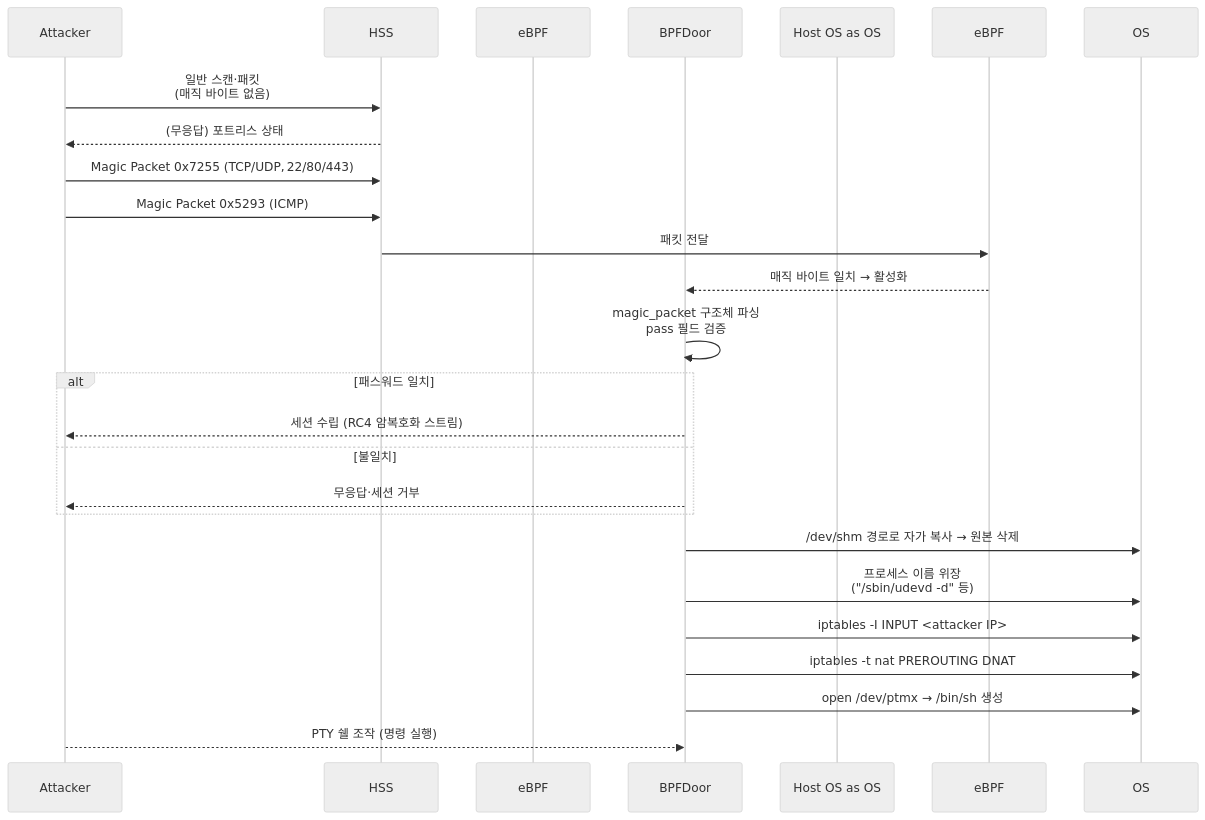
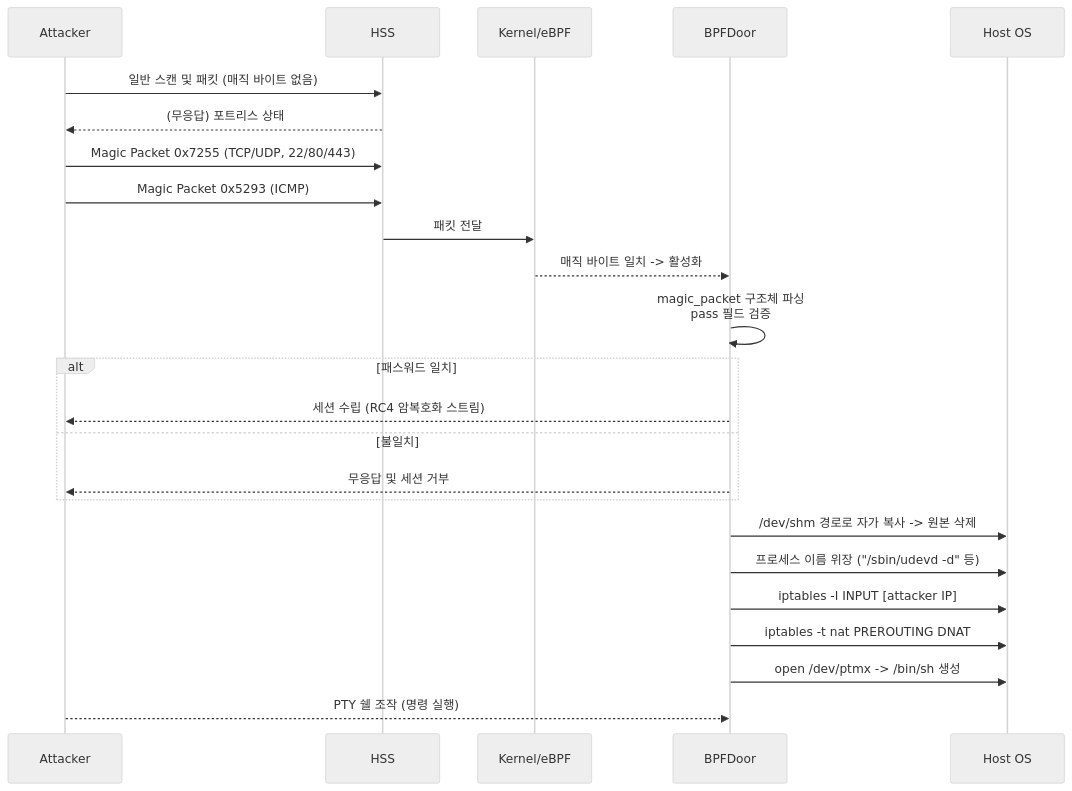
Before and after one commit to qubitsec/blog: the diagram in content/ko/respond/bpfdoor.md, drawn with Mermaid (neutral theme).

````diff
--- a/content/ko/respond/bpfdoor.md
+++ b/content/ko/respond/bpfdoor.md
@@ -64,33 +64,33 @@
 ```mermaid
 sequenceDiagram
     %% Participants
     participant Attacker
     participant HSS
-    participant Kernel/eBPF as eBPF
+    participant eBPF as Kernel/eBPF
     participant BPFDoor
-    participant Host OS as OS
+    participant OS as Host OS
 
-    %% ① 매직 바이트 & 다중 프로토콜
-    Attacker->>HSS: 일반 스캔·패킷<br/>(매직 바이트 없음)
+    %% 1. 매직 바이트 & 다중 프로토콜
+    Attacker->>HSS: 일반 스캔 및 패킷 (매직 바이트 없음)
     HSS-->>Attacker: (무응답) 포트리스 상태
-    Attacker->>HSS: Magic Packet 0x7255 (TCP/UDP, 22/80/443)
+    Attacker->>HSS: Magic Packet 0x7255 (TCP/UDP, 22/80/443)
     Attacker->>HSS: Magic Packet 0x5293 (ICMP)
     HSS->>eBPF: 패킷 전달
-    eBPF-->>BPFDoor: 매직 바이트 일치 → 활성화
+    eBPF-->>BPFDoor: 매직 바이트 일치 -> 활성화
 
-    %% ② RC4 암호화·패스워드 인증
+    %% 2. RC4 암호화 및 패스워드 인증
     BPFDoor->>BPFDoor: magic_packet 구조체 파싱<br/>pass 필드 검증
     alt 패스워드 일치
         BPFDoor-->>Attacker: 세션 수립 (RC4 암복호화 스트림)
     else 불일치
-        BPFDoor-->>Attacker: 무응답·세션 거부
+        BPFDoor-->>Attacker: 무응답 및 세션 거부
     end
 
-    %% ③ 은폐·지속화 단계
-    BPFDoor->>OS: /dev/shm 경로로 자가 복사 → 원본 삭제
-    BPFDoor->>OS: 프로세스 이름 위장<br/>("/sbin/udevd -d" 등)
-    BPFDoor->>OS: iptables -I INPUT <attacker IP>
+    %% 3. 은폐 및 지속화 단계
+    BPFDoor->>OS: /dev/shm 경로로 자가 복사 -> 원본 삭제
+    BPFDoor->>OS: 프로세스 이름 위장 ("/sbin/udevd -d" 등)
+    BPFDoor->>OS: iptables -I INPUT [attacker IP]
     BPFDoor->>OS: iptables -t nat PREROUTING DNAT
-    BPFDoor->>OS: open /dev/ptmx → /bin/sh 생성
+    BPFDoor->>OS: open /dev/ptmx -> /bin/sh 생성
     Attacker-->>BPFDoor: PTY 쉘 조작 (명령 실행)
 ```
````
